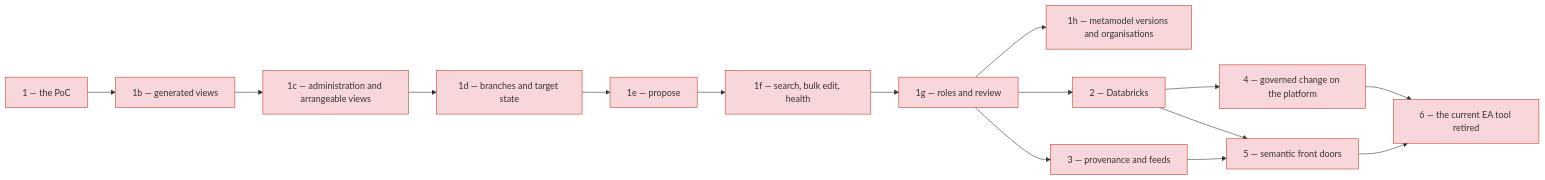
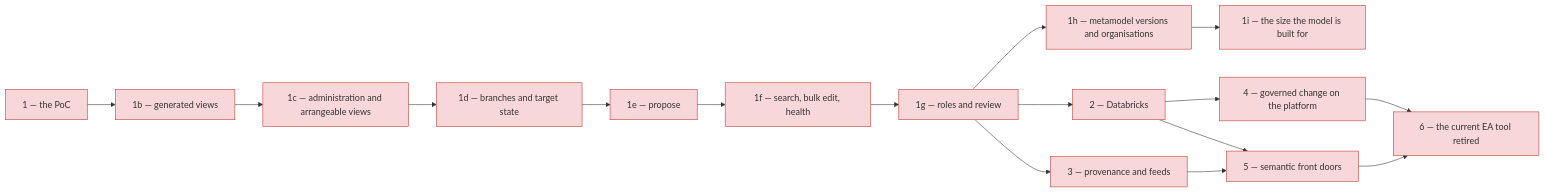
One commit to roanboc/dbx-enterprise-architecture changed the second of 3 diagrams in architecture/6_transition/2_sequence.md. Above: the diagram before and after it, drawn with Mermaid. The commit also changed other lines of this file and 12 other files, not shown here.

````diff
--- a/architecture/6_transition/2_sequence.md
+++ b/architecture/6_transition/2_sequence.md
@@ -22,26 +22,27 @@
 ```mermaid
 flowchart LR
   s1["1 — the PoC"]:::implementation
   s1b["1b — generated views"]:::implementation
   s1c["1c — administration and arrangeable views"]:::implementation
   s1d["1d — branches and target state"]:::implementation
   s1e["1e — propose"]:::implementation
   s1f["1f — search, bulk edit, health"]:::implementation
   s1g["1g — roles and review"]:::implementation
   s1h["1h — metamodel versions and organisations"]:::implementation
+  s1i["1i — the size the model is built for"]:::implementation
   s2["2 — Databricks"]:::implementation
   s3["3 — provenance and feeds"]:::implementation
   s4["4 — governed change on the platform"]:::implementation
   s5["5 — semantic front doors"]:::implementation
   s6["6 — the current EA tool retired"]:::implementation
-  s1 --> s1b --> s1c --> s1d --> s1e --> s1f --> s1g --> s1h
+  s1 --> s1b --> s1c --> s1d --> s1e --> s1f --> s1g --> s1h --> s1i
   s1g --> s2
   s1g --> s3
   s2 --> s4
   s2 --> s5
   s3 --> s5
   s4 --> s6
   s5 --> s6
 
   classDef implementation fill:#f8d7da,stroke:#c0392b,color:#333
 ```
````
